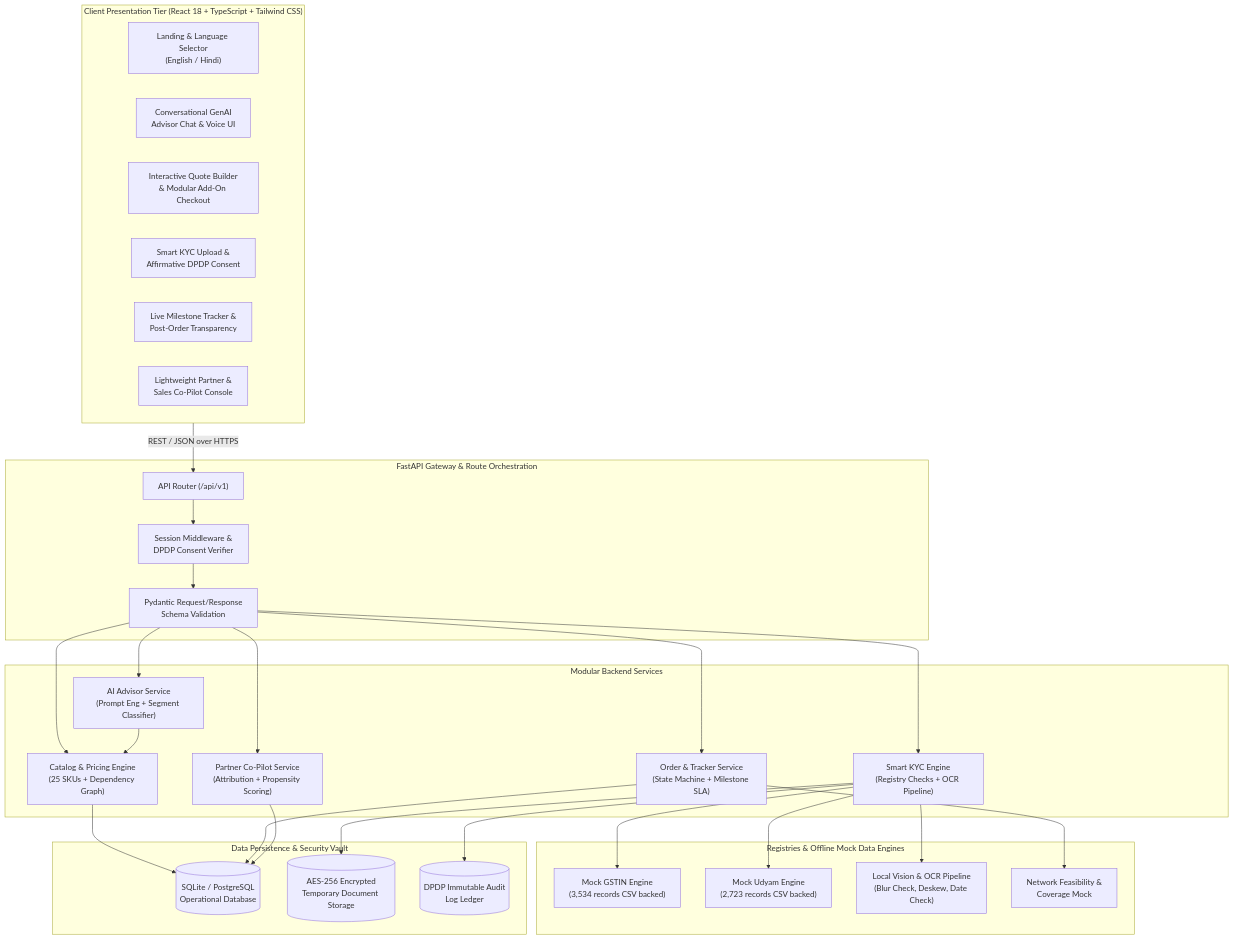
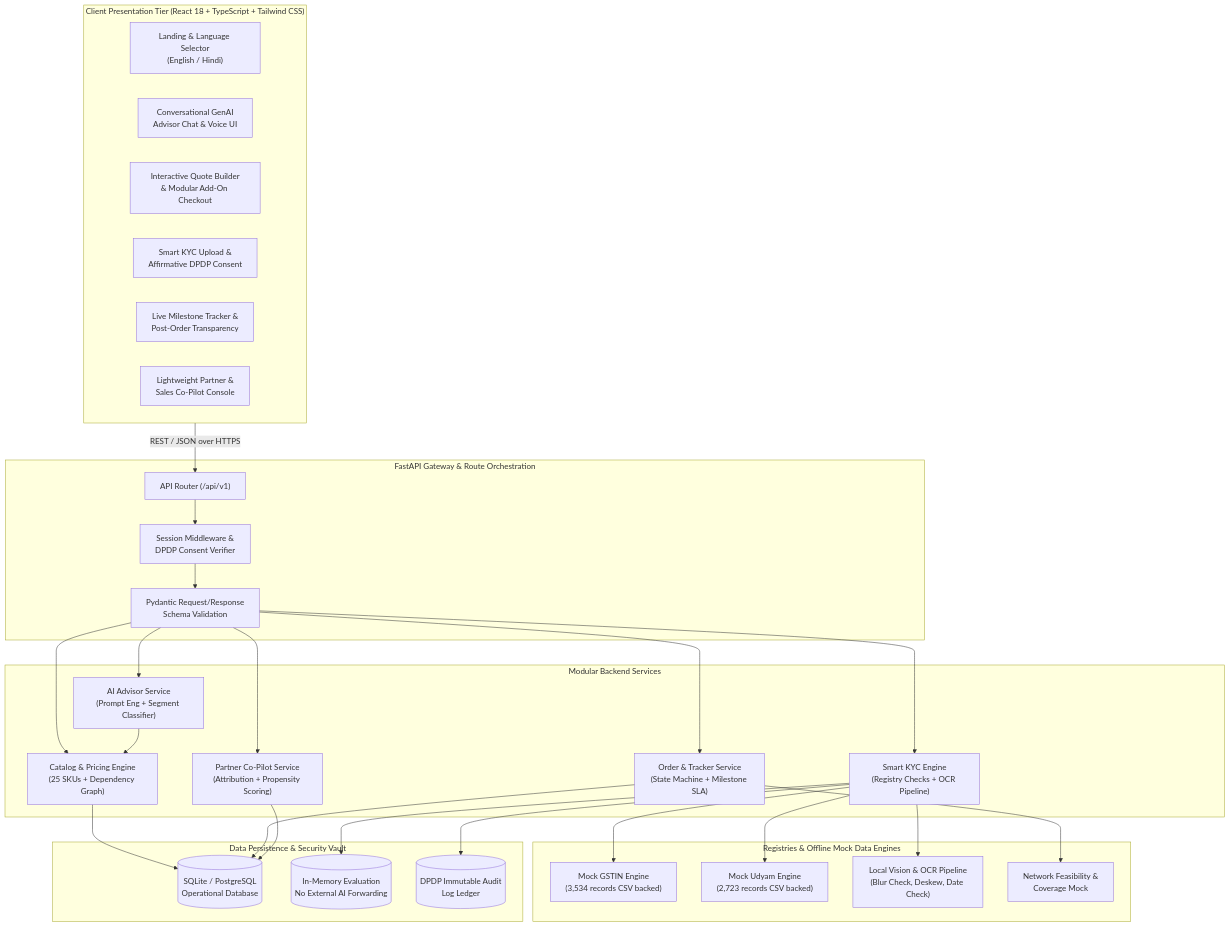
Before and after one commit to lavu-create/udyam-digital: the first of 2 diagrams in docs/SOLUTION_ARCHITECTURE.md, drawn with Mermaid. The commit also changed other lines of this file and 26 other files, not shown here.

````diff
--- a/docs/SOLUTION_ARCHITECTURE.md
+++ b/docs/SOLUTION_ARCHITECTURE.md
@@ -31,59 +31,59 @@
 ```mermaid
 flowchart TD
     subgraph ClientTier["Client Presentation Tier (React 18 + TypeScript + Tailwind CSS)"]
         LandingView["Landing & Language Selector\n(English / Hindi)"]
         AdvisorView["Conversational GenAI\nAdvisor Chat & Voice UI"]
         QuoteView["Interactive Quote Builder\n& Modular Add-On Checkout"]
         KYCView["Smart KYC Upload &\nAffirmative DPDP Consent"]
         TrackerView["Live Milestone Tracker &\nPost-Order Transparency"]
         PartnerConsole["Lightweight Partner &\nSales Co-Pilot Console"]
     end
 
     subgraph APILayer["FastAPI Gateway & Route Orchestration"]
         APIRouter["API Router (/api/v1)"]
         CORSAuth["Session Middleware &\nDPDP Consent Verifier"]
         PydanticValidator["Pydantic Request/Response\nSchema Validation"]
     end
 
     subgraph ServiceModules["Modular Backend Services"]
         AdvisorSvc["AI Advisor Service\n(Prompt Eng + Segment Classifier)"]
         CatalogSvc["Catalog & Pricing Engine\n(25 SKUs + Dependency Graph)"]
         KYCSvc["Smart KYC Engine\n(Registry Checks + OCR Pipeline)"]
         OrderSvc["Order & Tracker Service\n(State Machine + Milestone SLA)"]
         PartnerSvc["Partner Co-Pilot Service\n(Attribution + Propensity Scoring)"]
     end
 
     subgraph IntegrationLayer["Registries & Offline Mock Data Engines"]
         GSTINRegistry["Mock GSTIN Engine\n(3,534 records CSV backed)"]
         UdyamRegistry["Mock Udyam Engine\n(2,723 records CSV backed)"]
         OCRPipeline["Local Vision & OCR Pipeline\n(Blur Check, Deskew, Date Check)"]
         FeasibilityEngine["Network Feasibility &\nCoverage Mock"]
     end
 
     subgraph PersistenceLayer["Data Persistence & Security Vault"]
         AppDB[(SQLite / PostgreSQL\nOperational Database)]
-        DocVault[(AES-256 Encrypted\nTemporary Document Storage)]
+        DocVault[(In-Memory Evaluation\nNo External AI Forwarding)]
         AuditVault[(DPDP Immutable Audit\nLog Ledger)]
     end
 
     ClientTier -->|REST / JSON over HTTPS| APIRouter
     APIRouter --> CORSAuth
     CORSAuth --> PydanticValidator
     PydanticValidator --> AdvisorSvc
     PydanticValidator --> CatalogSvc
     PydanticValidator --> KYCSvc
     PydanticValidator --> OrderSvc
     PydanticValidator --> PartnerSvc
 
     AdvisorSvc --> CatalogSvc
     KYCSvc --> GSTINRegistry
     KYCSvc --> UdyamRegistry
     KYCSvc --> OCRPipeline
     OrderSvc --> FeasibilityEngine
 
     CatalogSvc --> AppDB
     KYCSvc --> DocVault
     KYCSvc --> AuditVault
     OrderSvc --> AppDB
     PartnerSvc --> AppDB
 ```
````
